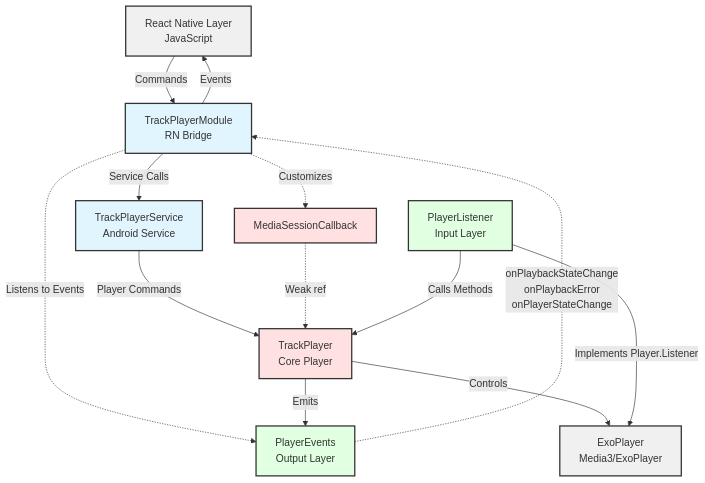
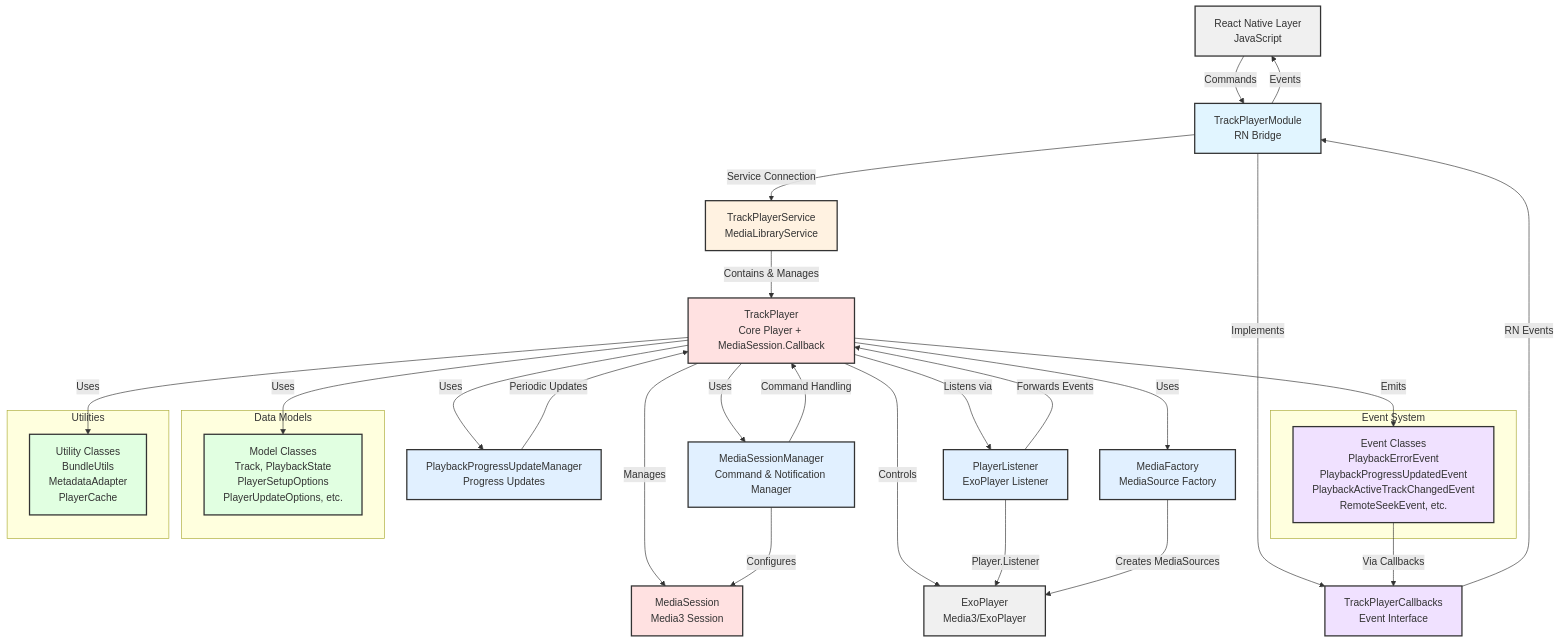
One commit to 5-stones/react-native-track-player changed the diagram in android/CLAUDE.md. Above: the diagram before and after it, drawn with Mermaid. The commit also changed other lines of this file, not shown here.

Commit message:
docs(android): update architecture diagram to reflect current codebase
- Update Mermaid diagram with current components (MediaSessionManager, MediaFactory, etc.)
- Add subgraphs for Event System, Data Models, and Utilities
- Reorganize project structure documentation with detailed categorization
- Fix component relationships to match actual implementation

````diff
--- a/android/CLAUDE.md
+++ b/android/CLAUDE.md
@@ -10,38 +10,72 @@
 ```mermaid
 graph TB
 JS[React Native Layer<br/>JavaScript]
 TPM[TrackPlayerModule<br/>RN Bridge]
-TPS[TrackPlayerService<br/>Android Service]
-TP[TrackPlayer<br/>Core Player]
-EVT[PlayerEvents<br/>Output Layer]
-PL[PlayerListener<br/>Input Layer]
-MS[MediaSessionCallback]
+TPS[TrackPlayerService<br/>MediaLibraryService]
+TP[TrackPlayer<br/>Core Player + MediaSession.Callback]
+TPCB[TrackPlayerCallbacks<br/>Event Interface]
+PL[PlayerListener<br/>ExoPlayer Listener]
+MSM[MediaSessionManager<br/>Command & Notification Manager]
+MF[MediaFactory<br/>MediaSource Factory]
+PPM[PlaybackProgressUpdateManager<br/>Progress Updates]
 EXO[ExoPlayer<br/>Media3/ExoPlayer]
+MS[MediaSession<br/>Media3 Session]
+
+subgraph "Event System"
+  EVENTS[Event Classes<br/>PlaybackErrorEvent<br/>PlaybackProgressUpdatedEvent<br/>PlaybackActiveTrackChangedEvent<br/>RemoteSeekEvent, etc.]
+end
+
+subgraph "Data Models"
+  MODELS[Model Classes<br/>Track, PlaybackState<br/>PlayerSetupOptions<br/>PlayerUpdateOptions, etc.]
+end
+
+subgraph "Utilities"
+  UTILS[Utility Classes<br/>BundleUtils<br/>MetadataAdapter<br/>PlayerCache]
+end
 
 JS -->|Commands| TPM
-TPM -->|Service Calls| TPS
-TPS -->|Player Commands| TP
-TPM -.->|Customizes| MS
-TPM -.->|Listens to Events| EVT
+TPM -->|Service Connection| TPS
+TPS -->|Contains & Manages| TP
+TPM -->|Implements| TPCB
 
-TP -->|Emits| EVT
+TP -->|Uses| MSM
+TP -->|Uses| MF
+TP -->|Uses| PPM
+TP -->|Listens via| PL
 TP -->|Controls| EXO
-MS -.->|Weak ref| TP
+TP -->|Manages| MS
 
-PL -->|Implements Player.Listener| EXO
-PL -->|Calls Methods| TP
+PL -->|Player.Listener| EXO
+PL -->|Forwards Events| TP
 
-EVT -.->|onPlaybackStateChange<br/>onPlaybackError<br/>onPlayerStateChange| TPM
+MSM -->|Configures| MS
+MSM -->|Command Handling| TP
 
+MF -->|Creates MediaSources| EXO
+
+PPM -->|Periodic Updates| TP
+
+TP -->|Emits| EVENTS
+EVENTS -->|Via Callbacks| TPCB
+TPCB -->|RN Events| TPM
 TPM -->|Events| JS
+
+TP -->|Uses| MODELS
+TP -->|Uses| UTILS
 
 classDef bridge fill:#e1f5ff,stroke:#333,stroke-width:2px
 classDef core fill:#ffe1e1,stroke:#333,stroke-width:2px
-classDef io fill:#e1ffe1,stroke:#333,stroke-width:2px
+classDef service fill:#fff2e1,stroke:#333,stroke-width:2px
+classDef manager fill:#e1f0ff,stroke:#333,stroke-width:2px
+classDef events fill:#f0e1ff,stroke:#333,stroke-width:2px
+classDef models fill:#e1ffe1,stroke:#333,stroke-width:2px
 classDef platform fill:#f0f0f0,stroke:#333,stroke-width:2px
 
-class TPM,TPS bridge
+class TPM bridge
+class TPS service
 class TP,MS core
-class EVT,PL io
+class MSM,MF,PPM,PL manager
+class EVENTS,TPCB events
+class MODELS,UTILS models
 class EXO,JS platform
 ```
````
